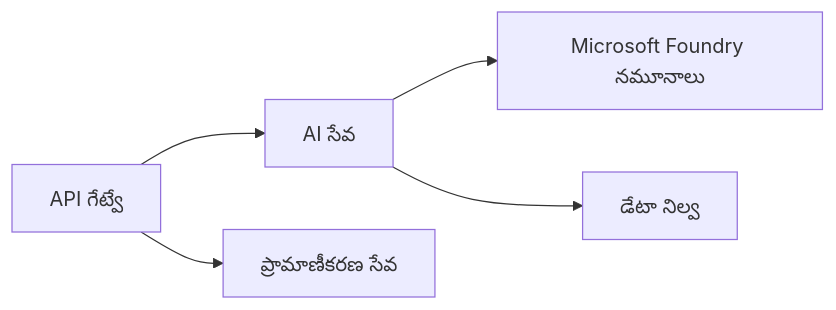
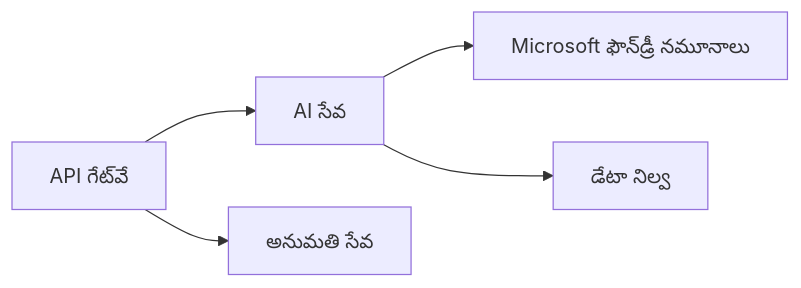
One commit to microsoft/AZD-for-beginners changed the first of 2 diagrams in translations/te/docs/chapter-08-production/README.md. Above: the diagram before and after it, drawn with Mermaid. The commit also changed other lines of this file and 5 other files, not shown here.

````diff
--- a/translations/te/docs/chapter-08-production/README.md
+++ b/translations/te/docs/chapter-08-production/README.md
@@ -48,6 +48,6 @@
 ```mermaid
 graph LR
-    Gateway[API గేట్వే] --> AI[AI సేవ] --> Models[Microsoft Foundry నమూనాలు]
-    Gateway --> Auth[ప్రామాణీకరణ సేవ]
+    Gateway[API గేట్‌వే] --> AI[AI సేవ] --> Models[Microsoft ఫౌన్‌డ్రీ నమూనాలు]
+    Gateway --> Auth[అనుమతి సేవ]
     AI --> Data[డేటా నిల్వ]
 ```
````
